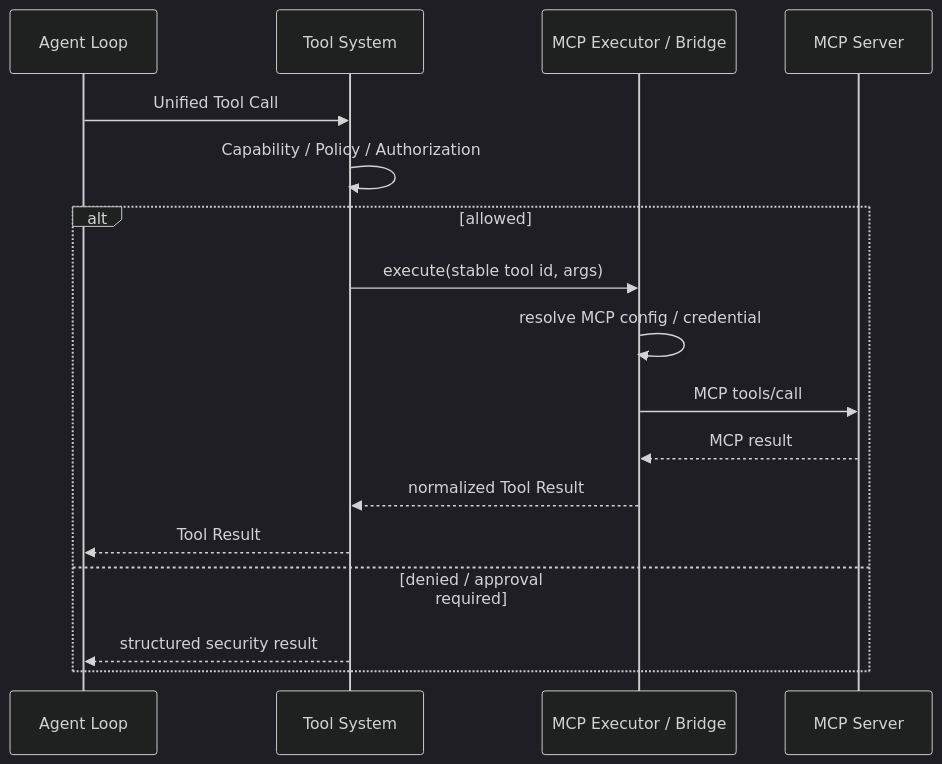
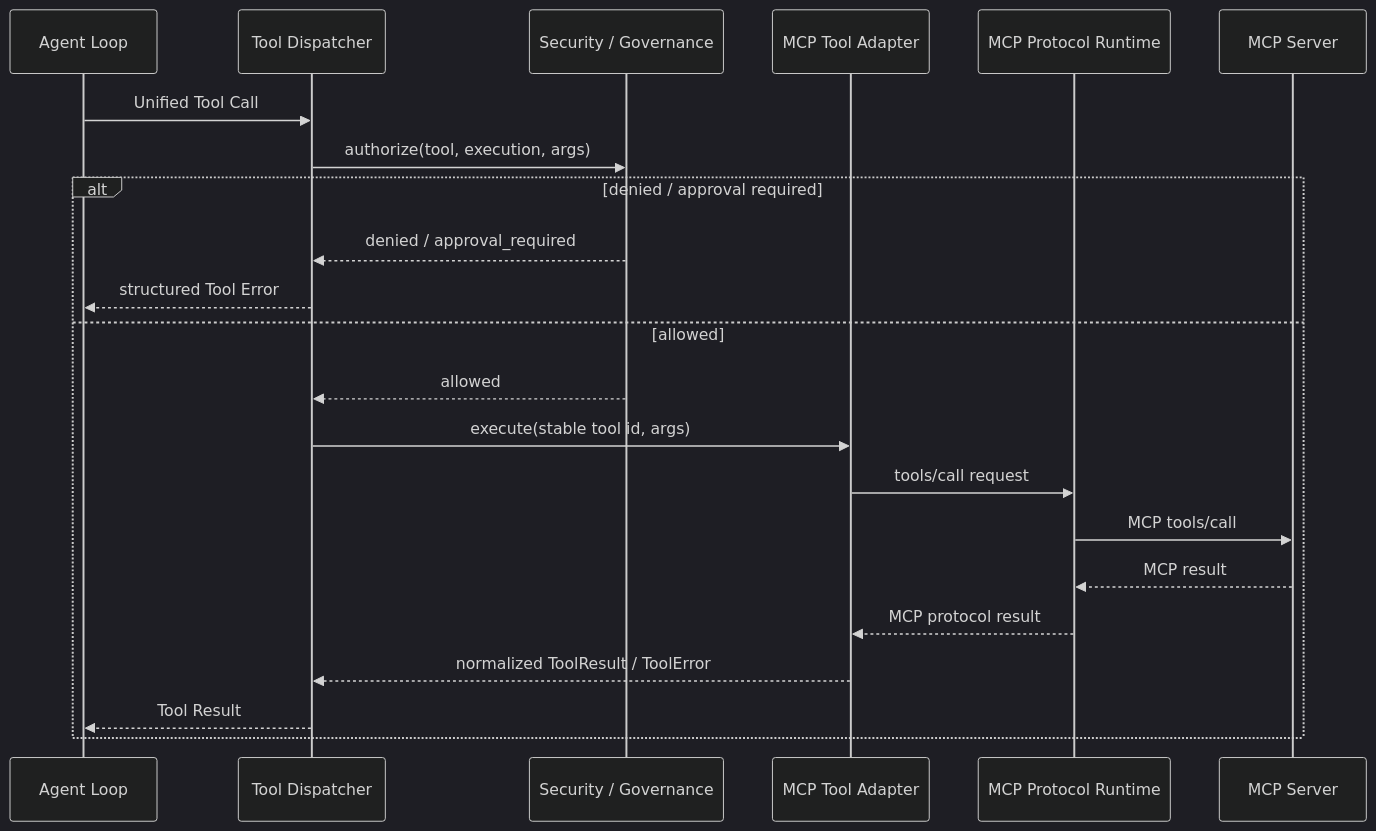
Before and after one commit to LunaDeerTech/agenteam: the sixth of 6 diagrams in docs/architecture/mcp-integration.md, drawn with Mermaid (dark theme). The commit also changed other lines of this file, not shown here.

Commit message:
docs: refine MCP integration architecture

```diff
--- a/docs/architecture/mcp-integration.md
+++ b/docs/architecture/mcp-integration.md
@@ -270,21 +489,26 @@
 ~~~mermaid
 sequenceDiagram
     participant A as Agent Loop
-    participant T as Tool System
-    participant M as MCP Executor / Bridge
+    participant D as Tool Dispatcher
+    participant G as Security / Governance
+    participant B as MCP Tool Adapter
+    participant C as MCP Protocol Runtime
     participant S as MCP Server
 
-    A->>T: Unified Tool Call
-    T->>T: Capability / Policy / Authorization
+    A->>D: Unified Tool Call
+    D->>G: authorize(tool, execution, args)
 
-    alt allowed
-        T->>M: execute(stable tool id, args)
-        M->>M: resolve MCP config / credential
-        M->>S: MCP tools/call
-        S-->>M: MCP result
-        M-->>T: normalized Tool Result
-        T-->>A: Tool Result
-    else denied / approval required
-        T-->>A: structured security result
+    alt denied / approval required
+        G-->>D: denied / approval_required
+        D-->>A: structured Tool Error
+    else allowed
+        G-->>D: allowed
+        D->>B: execute(stable tool id, args)
+        B->>C: tools/call request
+        C->>S: MCP tools/call
+        S-->>C: MCP result
+        C-->>B: MCP protocol result
+        B-->>D: normalized ToolResult / ToolError
+        D-->>A: Tool Result
     end
 ~~~
```
